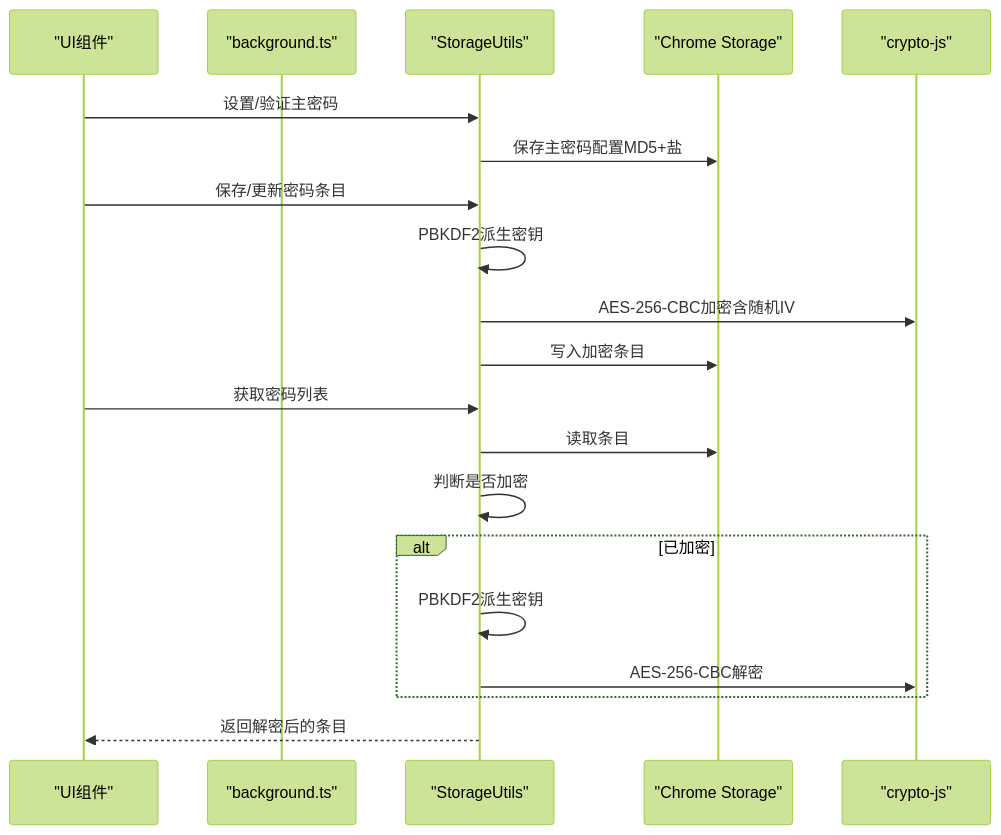
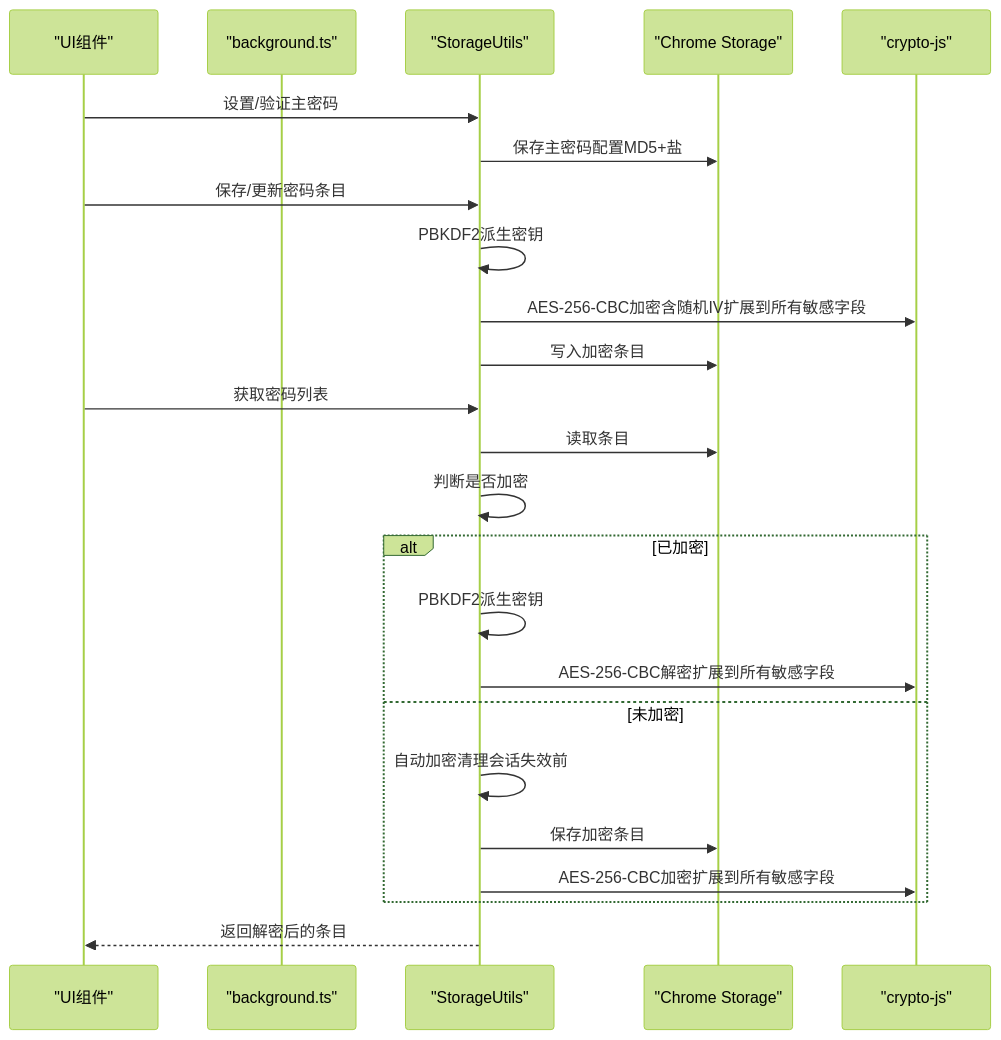
One commit to liaolongdong/account-password-helper changed the second of 8 diagrams in .qoder/repowiki/zh/content/安全机制/数据加密存储.md. Above: the diagram before and after it, drawn with Mermaid (forest theme). The commit also changed other lines of this file and 23 other files, not shown here.

````diff
--- a/.qoder/repowiki/zh/content/安全机制/数据加密存储.md
+++ b/.qoder/repowiki/zh/content/安全机制/数据加密存储.md
@@ -115,22 +126,26 @@
 ```mermaid
 sequenceDiagram
 participant UI as "UI组件"
 participant BG as "background.ts"
 participant SU as "StorageUtils"
 participant CS as "Chrome Storage"
 participant CJ as "crypto-js"
 UI->>SU : 设置/验证主密码
 SU->>CS : 保存主密码配置MD5+盐
 UI->>SU : 保存/更新密码条目
 SU->>SU : PBKDF2派生密钥
-SU->>CJ : AES-256-CBC加密含随机IV
+SU->>CJ : AES-256-CBC加密含随机IV扩展到所有敏感字段
 SU->>CS : 写入加密条目
 UI->>SU : 获取密码列表
 SU->>CS : 读取条目
 SU->>SU : 判断是否加密
 alt 已加密
 SU->>SU : PBKDF2派生密钥
-SU->>CJ : AES-256-CBC解密
+SU->>CJ : AES-256-CBC解密扩展到所有敏感字段
+else 未加密
+SU->>SU : 自动加密清理会话失效前
+SU->>CS : 保存加密条目
+SU->>CJ : AES-256-CBC加密扩展到所有敏感字段
 end
 SU-->>UI : 返回解密后的条目
 ```
````
